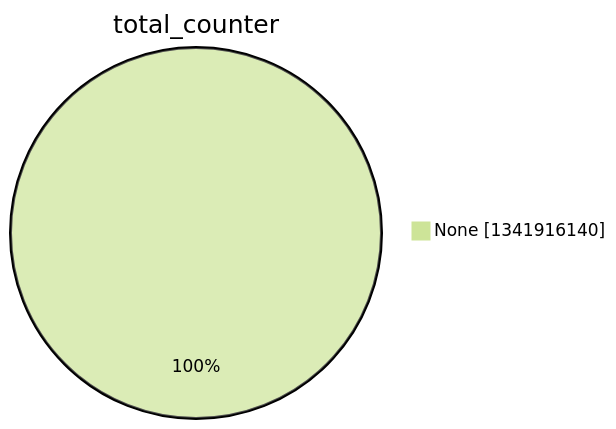
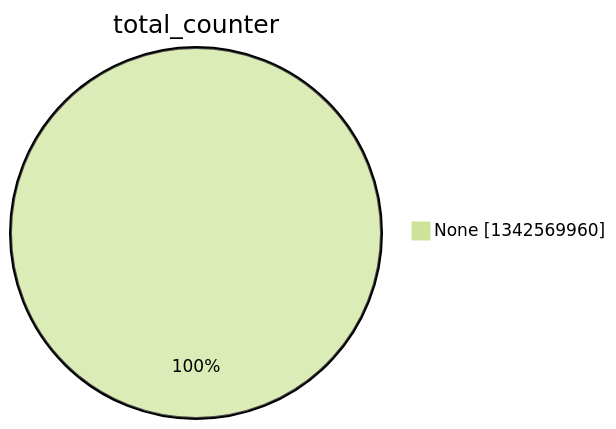
Before and after one commit to christiankrug/ctmonitor_visualization: the second of 15 diagrams in argon2022/README.md, drawn with Mermaid (forest theme). The commit also changed other lines of this file, not shown here.

````diff
--- a/argon2022/README.md
+++ b/argon2022/README.md
@@ -9,5 +9,5 @@
 ```mermaid
 pie showData
 title total_counter
-"None" :1341916140
+"None" :1342569960
 ```
````
